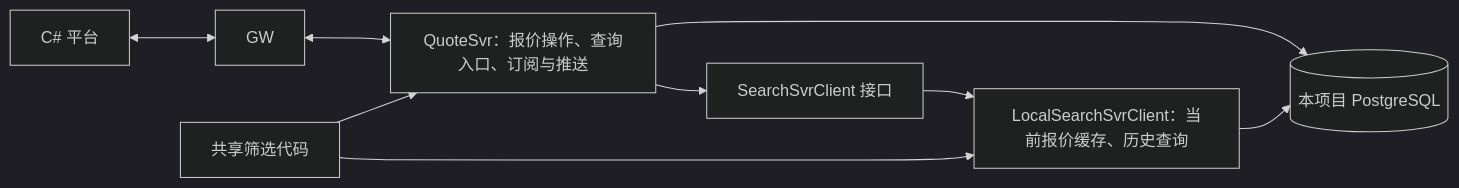
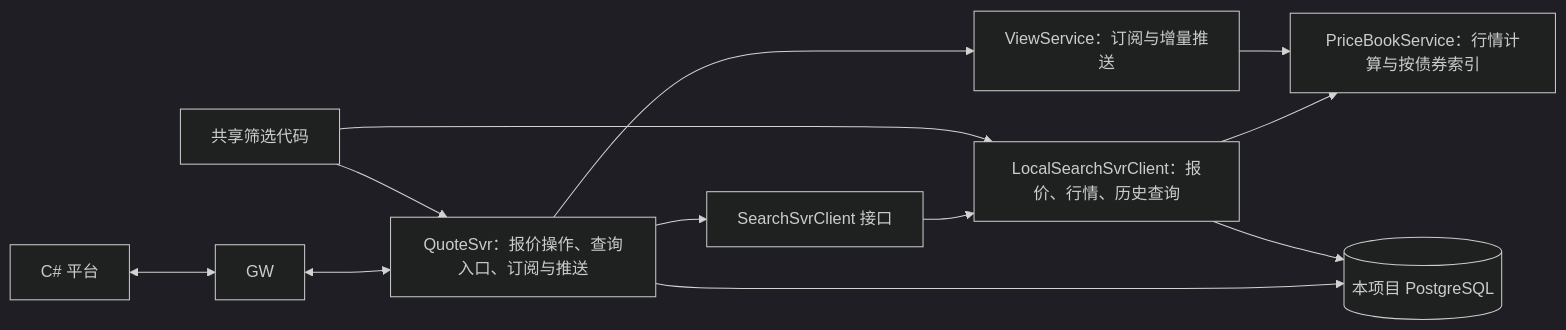
One commit to stepinto163/cczq-salestrading changed the diagram in iteration1/docs/search-dependency.zh-CN.md. Above: the diagram before and after it, drawn with Mermaid (dark theme). The commit also changed other lines of this file and 8 other files, not shown here.

Commit message:
Expose typed price queries through shared search and price-book services

````diff
--- a/iteration1/docs/search-dependency.zh-CN.md
+++ b/iteration1/docs/search-dependency.zh-CN.md
@@ -5,11 +5,14 @@
 ```mermaid
 flowchart LR
     C[C# 平台] <--> G[GW]
     G <--> Q[QuoteSvr：报价操作、查询入口、订阅与推送]
     Q --> S[SearchSvrClient 接口]
-    S --> L[LocalSearchSvrClient：当前报价缓存、历史查询]
+    S --> L[LocalSearchSvrClient：报价、行情、历史查询]
+    L --> P[PriceBookService：行情计算与按债券索引]
+    Q --> V[ViewService：订阅与增量推送]
+    V --> P
     Q --> DB[(本项目 PostgreSQL)]
     L --> DB
     F[共享筛选代码] --> Q
     F --> L
 ```
````
